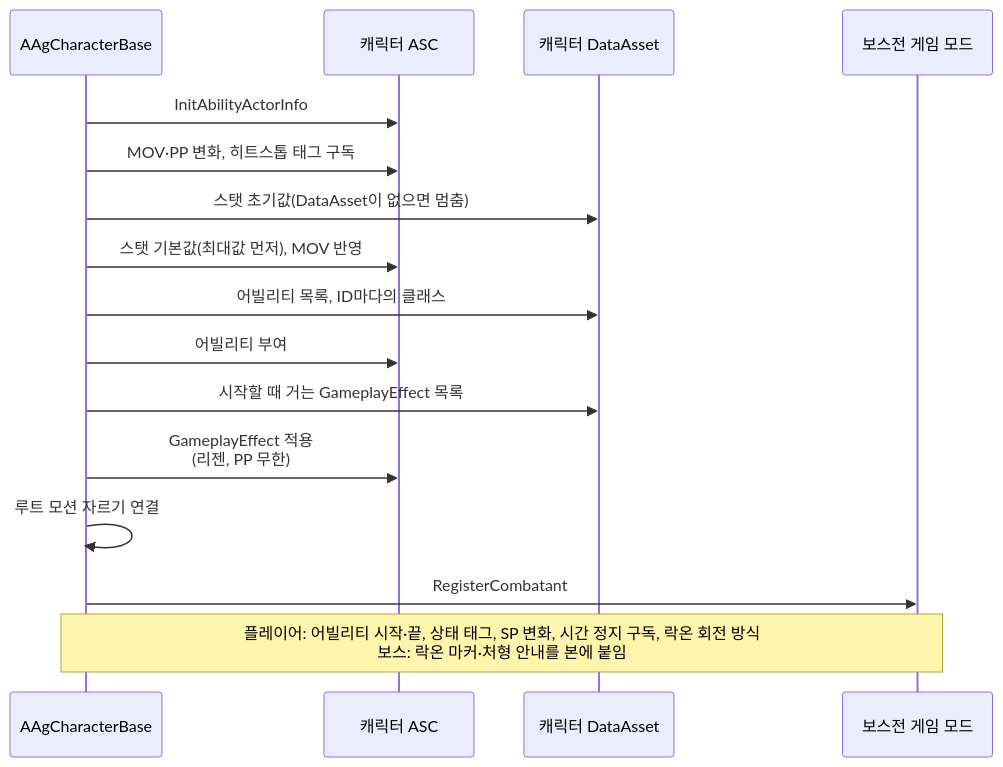
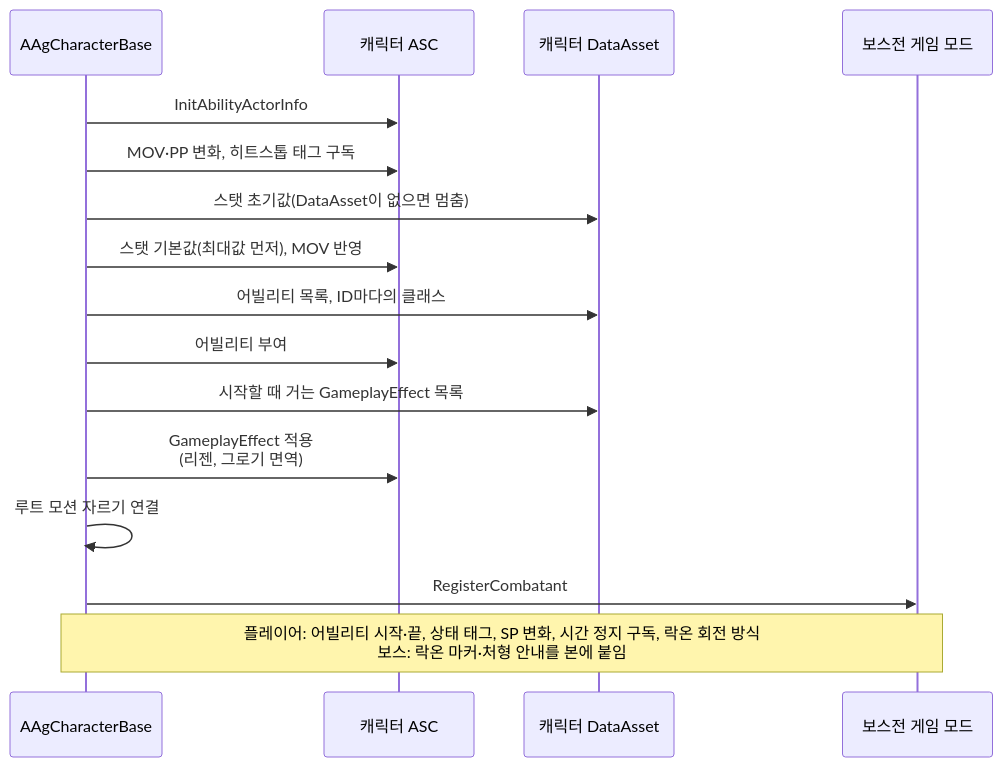
One commit to Woogl/Ag changed the second of 2 diagrams in Docs/Program/캐릭터 초기화.md. Above: the diagram before and after it, drawn with Mermaid. The commit also changed other lines of this file and 241 other files, not shown here.

````diff
--- a/Docs/Program/캐릭터 초기화.md
+++ b/Docs/Program/캐릭터 초기화.md
@@ -47,18 +47,18 @@
 ```mermaid
 sequenceDiagram
     participant C as AAgCharacterBase
     participant ASC as 캐릭터 ASC
     participant D as 캐릭터 DataAsset
     participant GM as 보스전 게임 모드
     C->>ASC: InitAbilityActorInfo
     C->>ASC: MOV·PP 변화, 히트스톱 태그 구독
     C->>D: 스탯 초기값(DataAsset이 없으면 멈춤)
     C->>ASC: 스탯 기본값(최대값 먼저), MOV 반영
     C->>D: 어빌리티 목록, ID마다의 클래스
     C->>ASC: 어빌리티 부여
     C->>D: 시작할 때 거는 GameplayEffect 목록
-    C->>ASC: GameplayEffect 적용<br>(리젠, PP 무한)
+    C->>ASC: GameplayEffect 적용<br>(리젠, 그로기 면역)
     C->>C: 루트 모션 자르기 연결
     C->>GM: RegisterCombatant
     Note over C,GM: 플레이어: 어빌리티 시작·끝, 상태 태그, SP 변화, 시간 정지 구독, 락온 회전 방식<br>보스: 락온 마커·처형 안내를 본에 붙임
 ```
````
